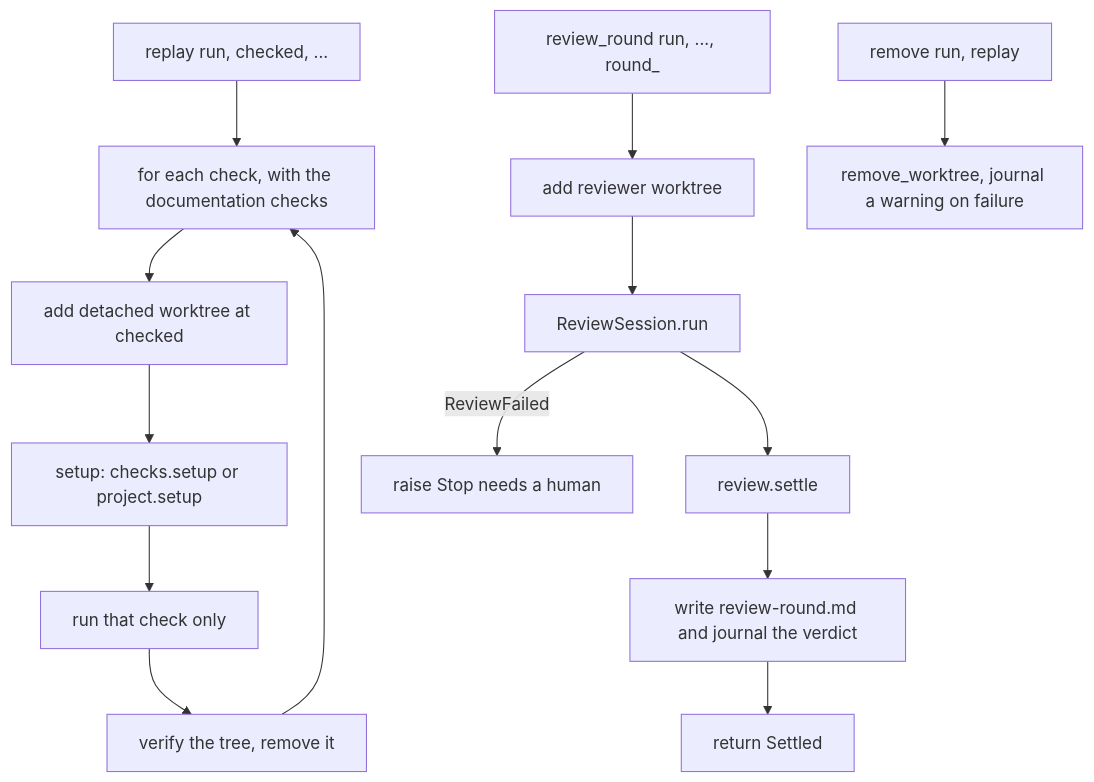
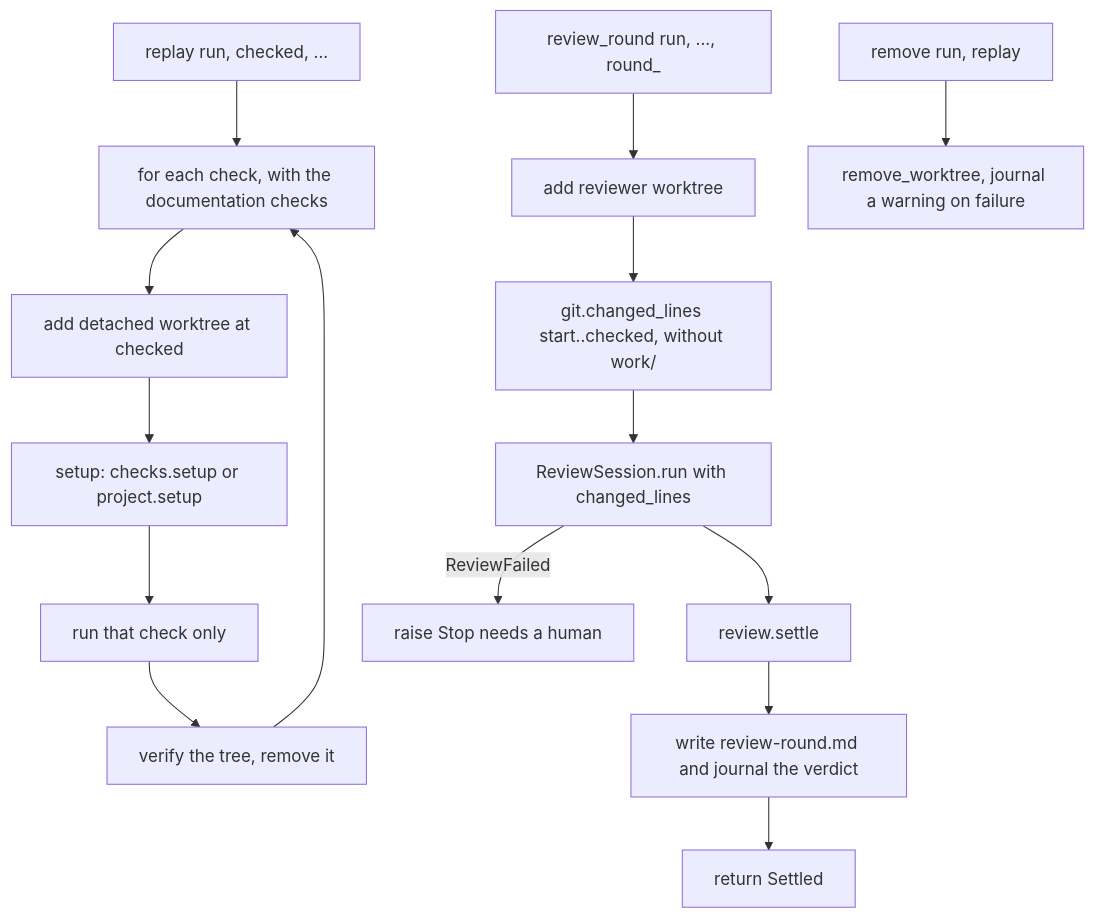
Before and after one commit to plaplanche/ariane: the first of 3 diagrams in docs/architecture/modules/replay.md, drawn with Mermaid. The commit also changed other lines of this file and 1 other file, not shown here.

````diff
--- a/docs/architecture/modules/replay.md
+++ b/docs/architecture/modules/replay.md
@@ -26,16 +26,17 @@
 ```mermaid
 flowchart TD
   A[replay run, checked, ...] --> B[for each check, with the documentation checks]
   B --> C[add detached worktree at checked]
   C --> D[setup: checks.setup or project.setup]
   D --> E[run that check only]
   E --> F[verify the tree, remove it]
   F --> B
   G[review_round run, ..., round_] --> H[add reviewer worktree]
-  H --> I[ReviewSession.run]
+  H --> H2[git.changed_lines start..checked, without work/]
+  H2 --> I[ReviewSession.run with changed_lines]
   I -- ReviewFailed --> X[raise Stop needs a human]
   I --> J[review.settle]
   J --> K[write review-round.md and journal the verdict]
   K --> L[return Settled]
   M[remove run, replay] --> N[remove_worktree, journal a warning on failure]
 ```
````
